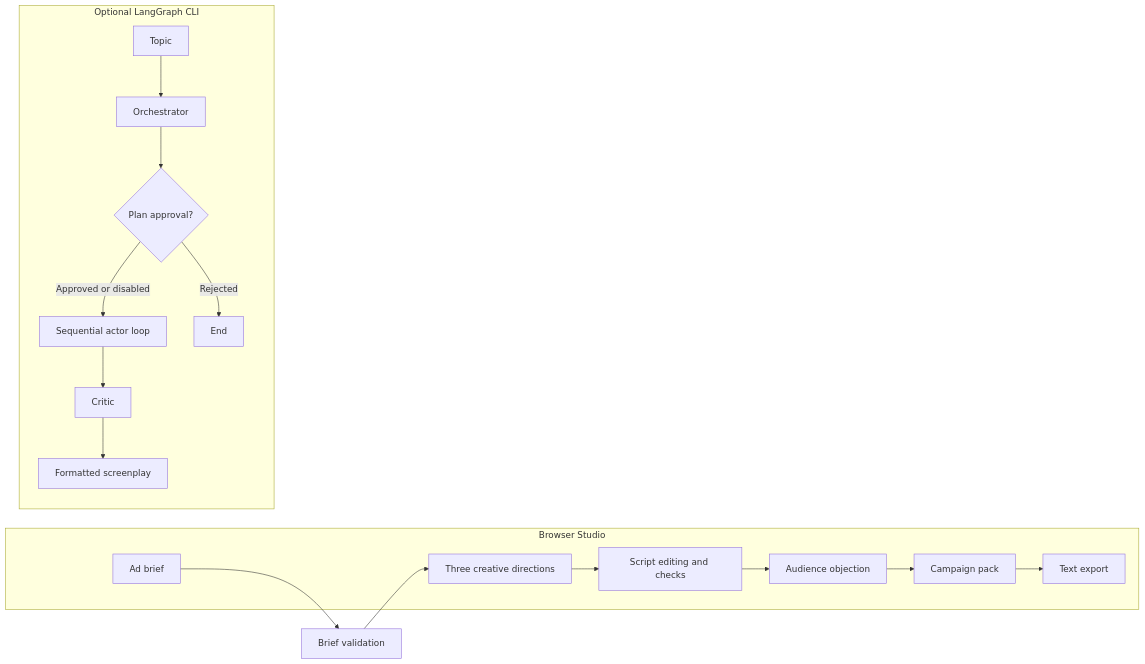
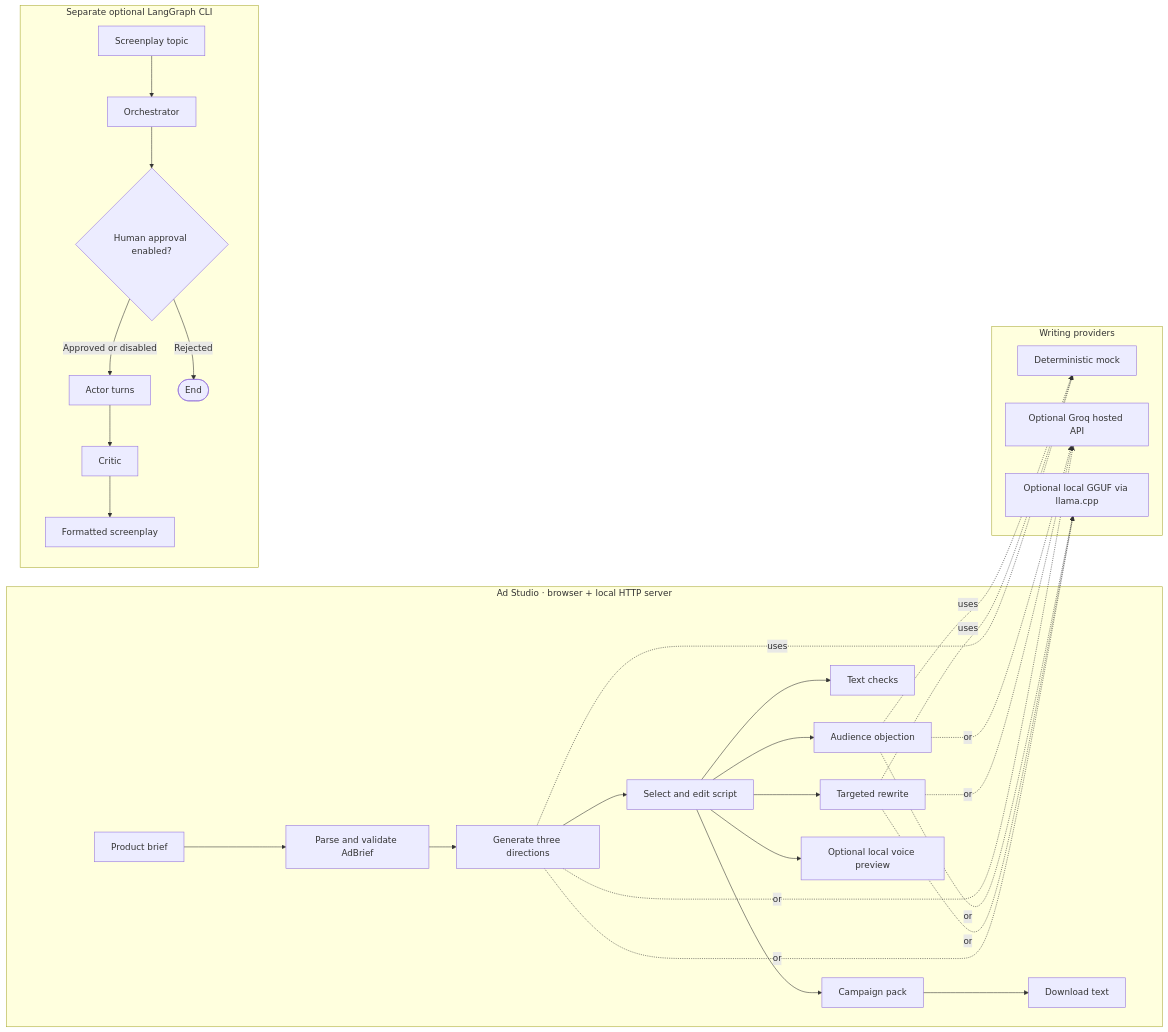
Before and after one commit to mlrehmz/Agentic-Ad-Scriptwriter: the diagram in README.md, drawn with Mermaid. The commit also changed other lines of this file and 1 other file, not shown here.

Commit message:
Update README architecture image

````diff
--- a/README.md
+++ b/README.md
@@ -87,27 +85,38 @@
 ```mermaid
 flowchart LR
-  B[Ad brief] --> V[Brief validation]
-  V --> D[Three creative directions]
-  D --> E[Script editing and checks]
-  E --> O[Audience objection]
-  O --> P[Campaign pack]
-  P --> X[Text export]
-
-  subgraph Studio[Browser Studio]
-    B
-    D
-    E
-    O
-    P
-    X
+  subgraph Studio[Ad Studio · browser + local HTTP server]
+    B[Product brief] --> V[Parse and validate AdBrief]
+    V --> D[Generate three directions]
+    D --> S[Select and edit script]
+    S --> R[Targeted rewrite]
+    S --> G[Text checks]
+    S --> O[Audience objection]
+    S --> P[Campaign pack]
+    P --> X[Download text]
+    S --> A[Optional local voice preview]
   end
 
-  subgraph OptionalGraph[Optional LangGraph CLI]
-    T[Topic] --> L[Orchestrator]
-    L --> A{Plan approval?}
-    A -->|Approved or disabled| W[Sequential actor loop]
-    A -->|Rejected| Z[End]
-    W --> C[Critic]
-    C --> F[Formatted screenplay]
+  subgraph Providers[Writing providers]
+    M[Deterministic mock]
+    H[Optional Groq hosted API]
+    L[Optional local GGUF via llama.cpp]
+  end
+  D -. uses .-> M
+  R -. uses .-> M
+  O -. uses .-> M
+  D -. or .-> H
+  R -. or .-> H
+  O -. or .-> H
+  D -. or .-> L
+  R -. or .-> L
+  O -. or .-> L
+
+  subgraph Legacy[Separate optional LangGraph CLI]
+    T[Screenplay topic] --> OR[Orchestrator]
+    OR --> AP{Human approval enabled?}
+    AP -->|Approved or disabled| ACT[Actor turns]
+    AP -->|Rejected| END([End])
+    ACT --> CR[Critic]
+    CR --> FS[Formatted screenplay]
   end
 ```
````
